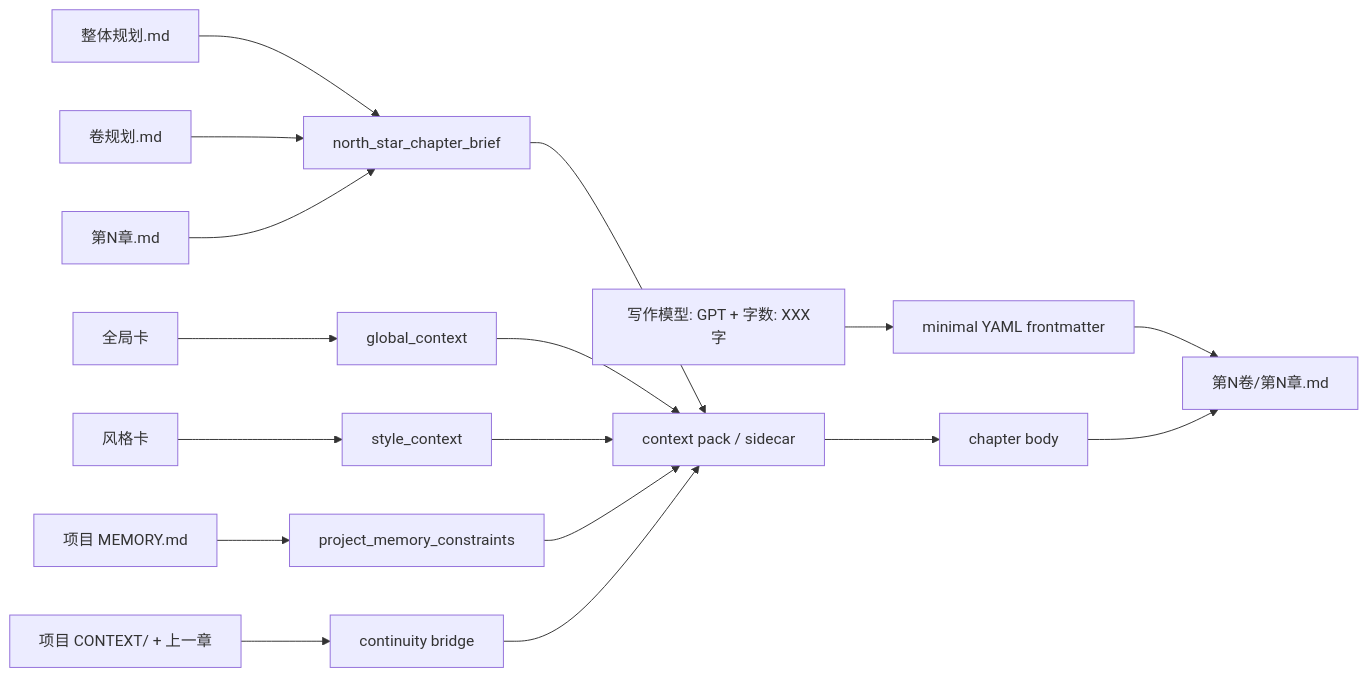
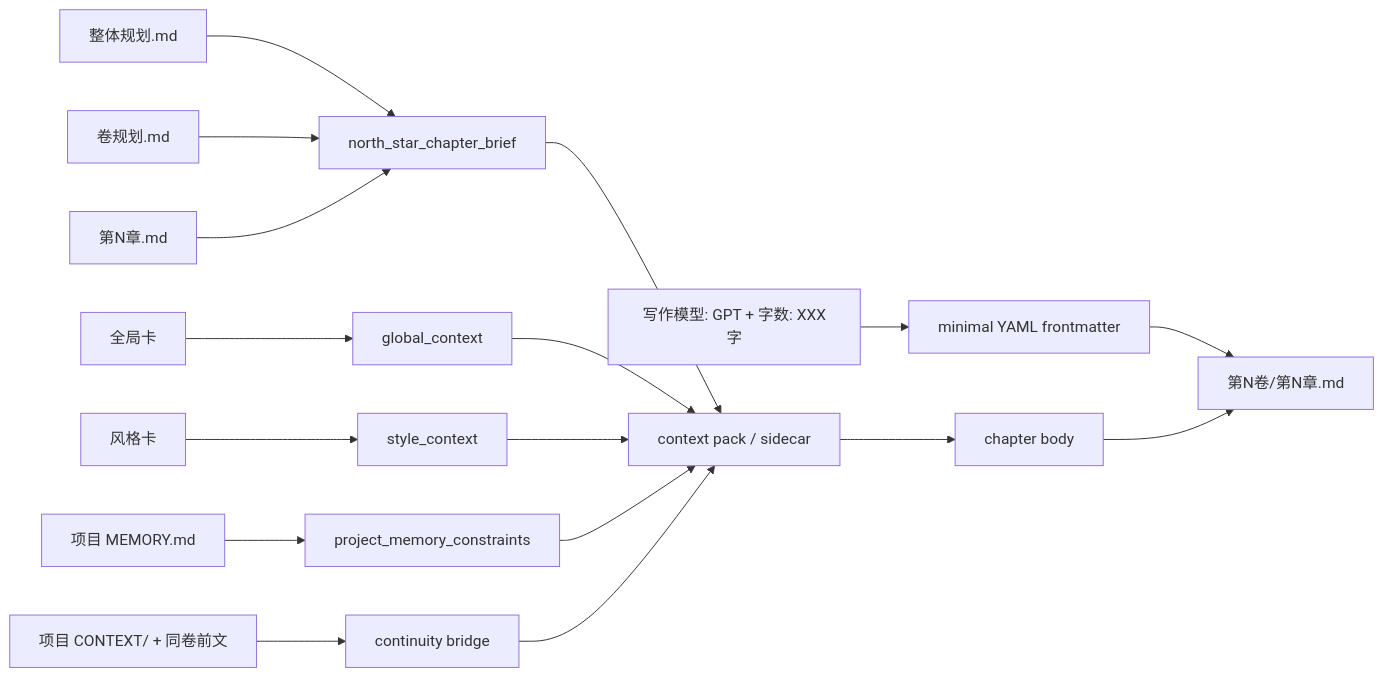
Before and after one commit to ZEN-VOID/AI-CUT: the second of 2 diagrams in .agents/skills/story/3-初稿/A-GPT原生/SKILL.md, drawn with Mermaid. The commit also changed other lines of this file and 38 other files, not shown here.

````diff
--- a/.agents/skills/story/3-初稿/A-GPT原生/SKILL.md
+++ b/.agents/skills/story/3-初稿/A-GPT原生/SKILL.md
@@ -138,19 +138,19 @@
 ```mermaid
 graph LR
     A["整体规划.md"] --> H["north_star_chapter_brief"]
     B["卷规划.md"] --> H
     C["第N章.md"] --> H
     D["全局卡"] --> I["global_context"]
     E["风格卡"] --> J["style_context"]
     F["项目 MEMORY.md"] --> K["project_memory_constraints"]
-    G["项目 CONTEXT/ + 上一章"] --> L["continuity bridge"]
+    G["项目 CONTEXT/ + 同卷前文"] --> L["continuity bridge"]
     H --> M["context pack / sidecar"]
     I --> M
     J --> M
     K --> M
     L --> M
     M --> N["chapter body"]
     P["写作模型: GPT + 字数: XXX字"] --> O["minimal YAML frontmatter"]
     O --> Q["第N卷/第N章.md"]
     N --> Q
 ```
````
